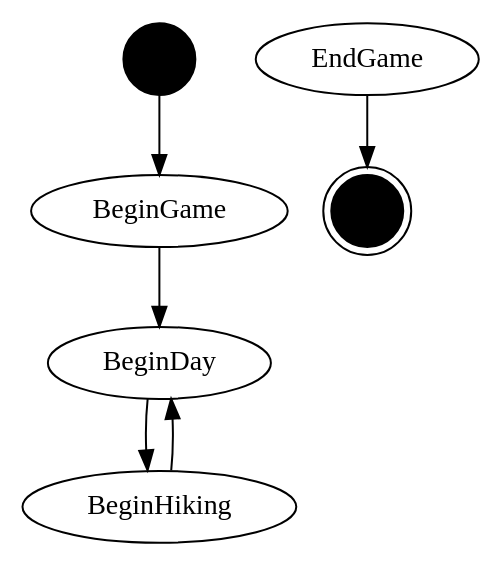
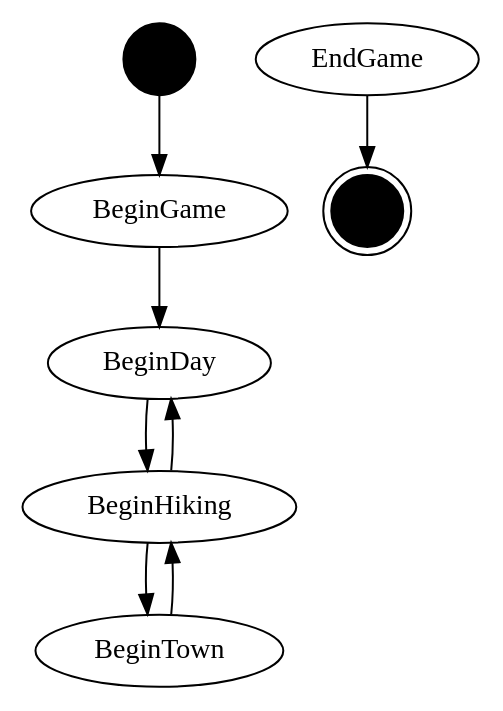
One commit to ahepp/pct changed the diagram in dot/states.dot. Above: the diagram before and after it, drawn with Graphviz. The commit also changed 6 other files, not shown here.

```diff
--- a/dot/states.dot
+++ b/dot/states.dot
@@ -1,10 +1,11 @@
 digraph states {
     start [label="" shape=circle style=filled color=black]
     end [label="" shape=doublecircle style=filled color=black]
     start -> BeginGame
     BeginGame -> BeginDay
     BeginDay -> BeginHiking
     BeginHiking -> BeginDay
+    BeginHiking -> BeginTown
+    BeginTown -> BeginHiking
     EndGame -> end
-    
 }
```
